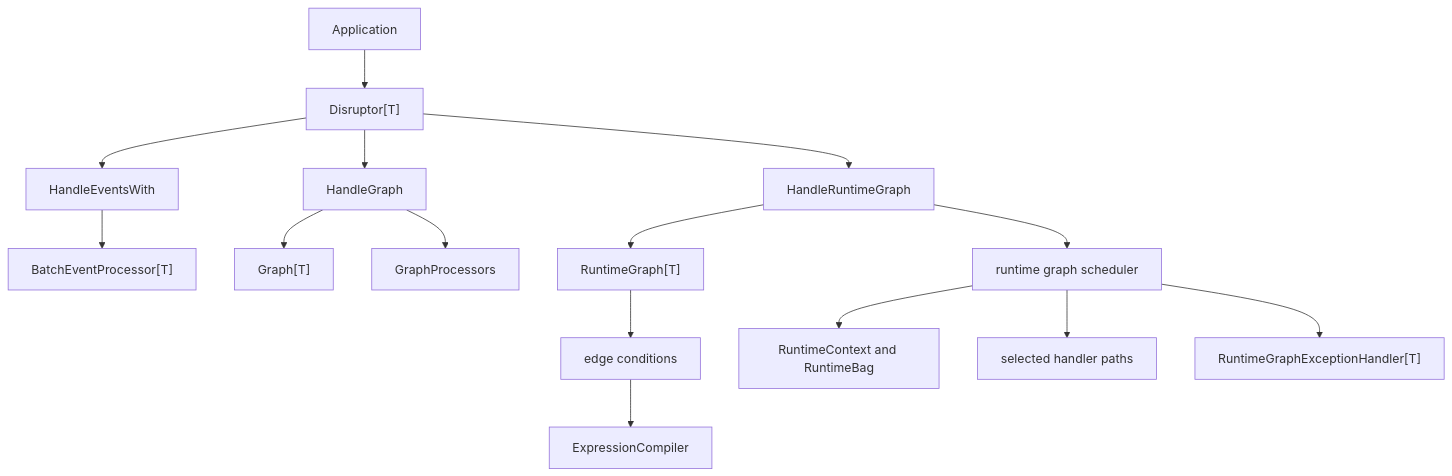
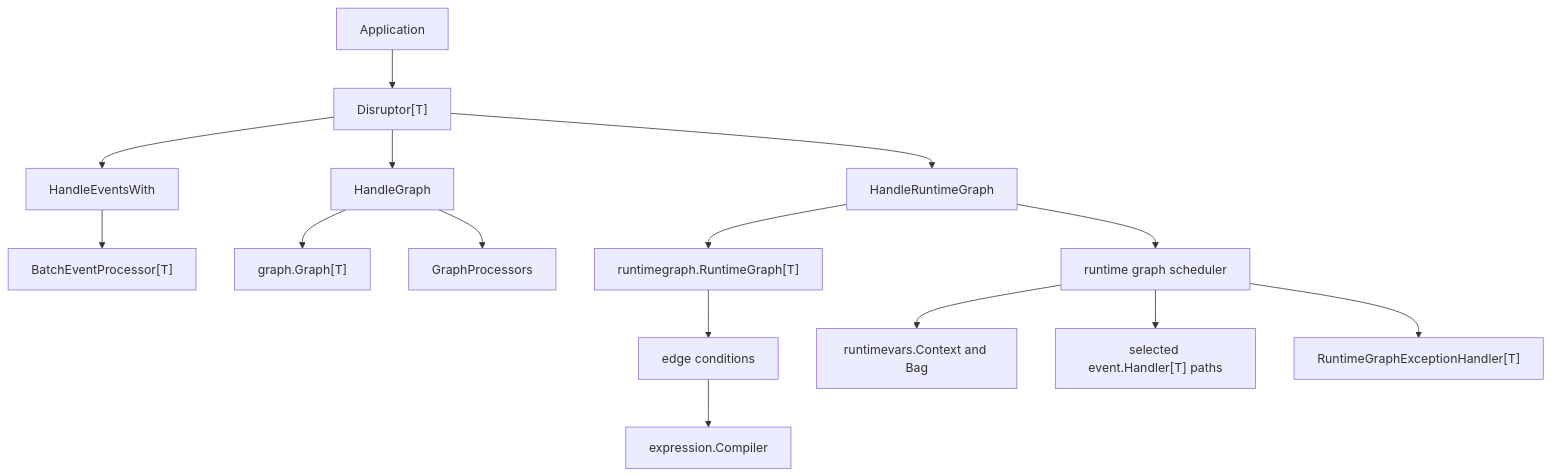
Before and after one commit to photowey/disruptor.go: the first of 4 diagrams in docs/superpowers/specs/2026-06-24-disruptor-go-v1.2-runtime-graph-design.md, drawn with Mermaid. The commit also changed other lines of this file and 71 other files, not shown here.

````diff
--- a/docs/superpowers/specs/2026-06-24-disruptor-go-v1.2-runtime-graph-design.md
+++ b/docs/superpowers/specs/2026-06-24-disruptor-go-v1.2-runtime-graph-design.md
@@ -58,17 +58,17 @@
 ```mermaid
 flowchart TB
     App["Application"] --> D["Disruptor[T]"]
     D --> Fanout["HandleEventsWith"]
     D --> StaticGraph["HandleGraph"]
     D --> RuntimeGraphMode["HandleRuntimeGraph"]
     Fanout --> Batch["BatchEventProcessor[T]"]
-    StaticGraph --> Graph["Graph[T]"]
+    StaticGraph --> Graph["graph.Graph[T]"]
     StaticGraph --> GraphProcessors["GraphProcessors"]
-    RuntimeGraphMode --> RG["RuntimeGraph[T]"]
+    RuntimeGraphMode --> RG["runtimegraph.RuntimeGraph[T]"]
     RuntimeGraphMode --> Scheduler["runtime graph scheduler"]
     RG --> Conditions["edge conditions"]
-    Conditions --> Compiler["ExpressionCompiler"]
-    Scheduler --> Runtime["RuntimeContext and RuntimeBag"]
-    Scheduler --> Selected["selected handler paths"]
+    Conditions --> Compiler["expression.Compiler"]
+    Scheduler --> Runtime["runtimevars.Context and Bag"]
+    Scheduler --> Selected["selected event.Handler[T] paths"]
     Scheduler --> RuntimeExceptions["RuntimeGraphExceptionHandler[T]"]
 ```
````
